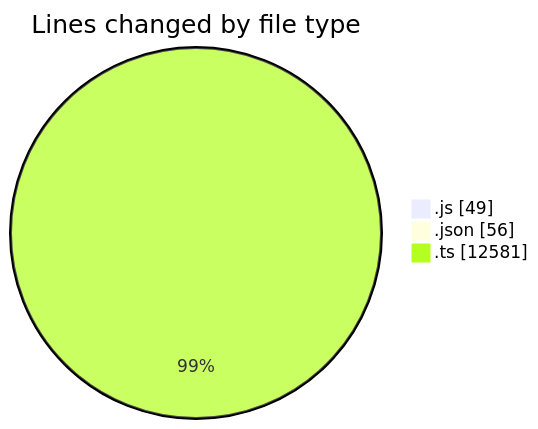
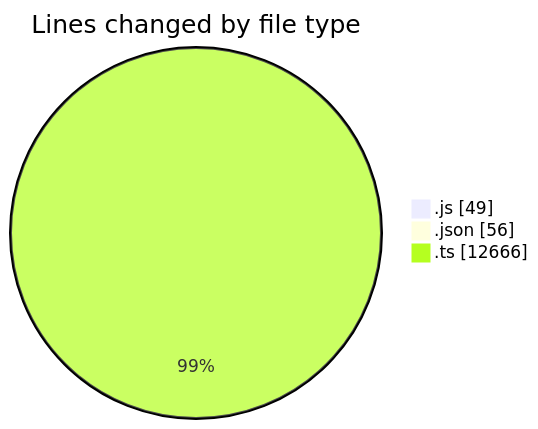
Before and after one commit to momahboobian/code-tracking: the first of 2 diagrams in 2025-09-04/cda/README.md, drawn with Mermaid. The commit also changed other lines of this file and 1 other file, not shown here.

````diff
--- a/2025-09-04/cda/README.md
+++ b/2025-09-04/cda/README.md
@@ -26,7 +27,7 @@
 ```mermaid
 pie showData
 title Lines changed by file type
 ".js" : 49
 ".json" : 56
-".ts" : 12581
+".ts" : 12666
 ```
````
